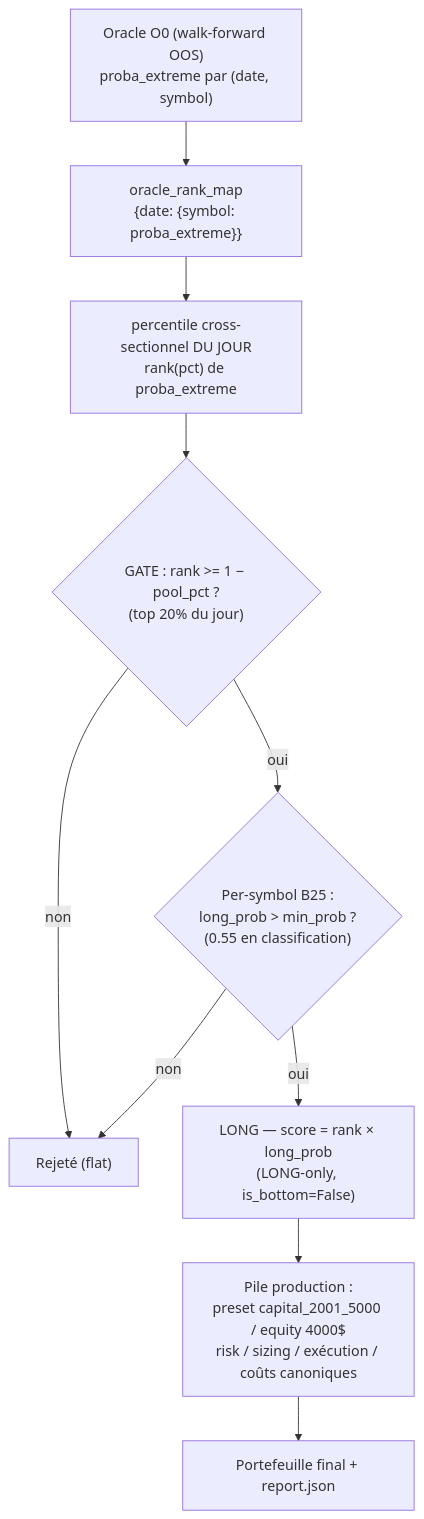
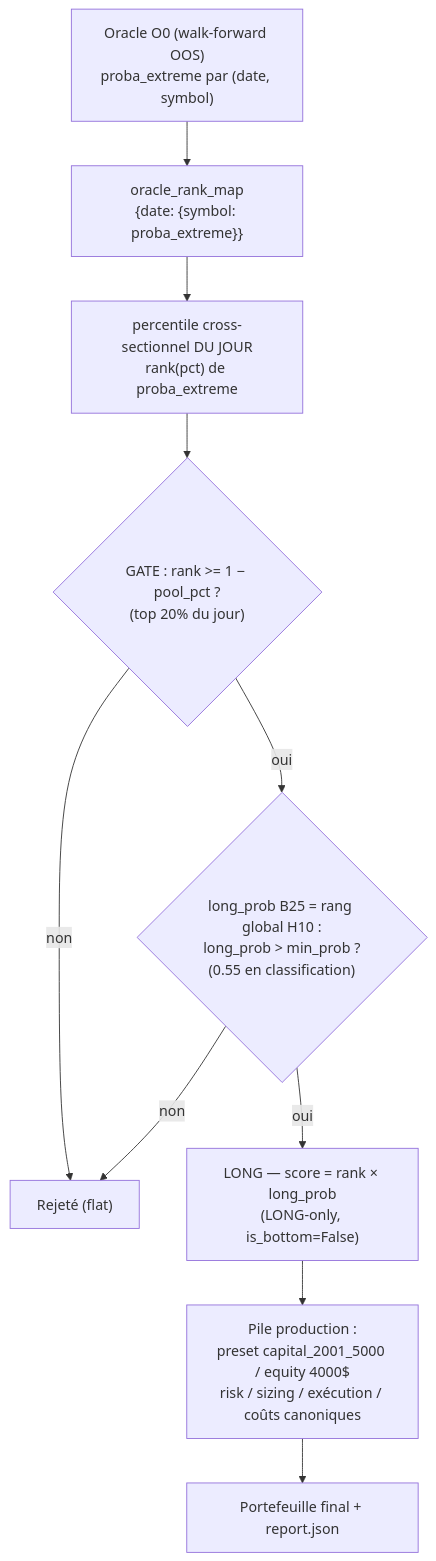
One commit to mli2000fr/alpha_trade changed the second of 2 diagrams in doc/oracle_extreme.md. Above: the diagram before and after it, drawn with Mermaid. The commit also changed other lines of this file, not shown here.

````diff
--- a/doc/oracle_extreme.md
+++ b/doc/oracle_extreme.md
@@ -132,12 +139,12 @@
 ```mermaid
 flowchart TD
     A["Oracle O0 (walk-forward OOS)<br/>proba_extreme par (date, symbol)"] --> B["oracle_rank_map<br/>{date: {symbol: proba_extreme}}"]
     B --> C["percentile cross-sectionnel DU JOUR<br/>rank(pct) de proba_extreme"]
     C --> D{"GATE : rank >= 1 − pool_pct ?<br/>(top 20% du jour)"}
     D -- non --> X["Rejeté (flat)"]
-    D -- oui --> E{"Per-symbol B25 :<br/>long_prob > min_prob ?<br/>(0.55 en classification)"}
+    D -- oui --> E{"long_prob B25 = rang global H10 :<br/>long_prob > min_prob ?<br/>(0.55 en classification)"}
     E -- non --> X
     E -- oui --> F["LONG — score = rank × long_prob<br/>(LONG-only, is_bottom=False)"]
     F --> G["Pile production :<br/>preset capital_2001_5000 / equity 4000$<br/>risk / sizing / exécution / coûts canoniques"]
     G --> H["Portefeuille final + report.json"]
 ```
````
